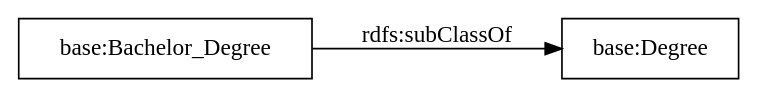
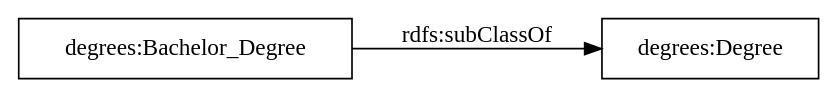
One commit to lsarni/OntoCIS changed the diagram in OnToology/degrees.owl/diagrams/ar2dtool-taxonomy/degrees.owl.png.dot. Above: the diagram before and after it, drawn with Graphviz. The commit also changed 32 other files, not shown here.

```diff
--- a/OnToology/degrees.owl/diagrams/ar2dtool-taxonomy/degrees.owl.png.dot
+++ b/OnToology/degrees.owl/diagrams/ar2dtool-taxonomy/degrees.owl.png.dot
@@ -1,7 +1,7 @@
 digraph ar2dtool_diagram { 
 rankdir=LR;
 size="1000"
-node [shape = rectangle, color="black"]; "base:Degree" "base:Bachelor_Degree" ; /*classes style*/
-	"base:Bachelor_Degree" -> "base:Degree" [ label = "rdfs:subClassOf" ];
+node [shape = rectangle, color="black"]; "degrees:Degree" "degrees:Bachelor_Degree" ; /*classes style*/
+	"degrees:Bachelor_Degree" -> "degrees:Degree" [ label = "rdfs:subClassOf" ];
 
 }
```
